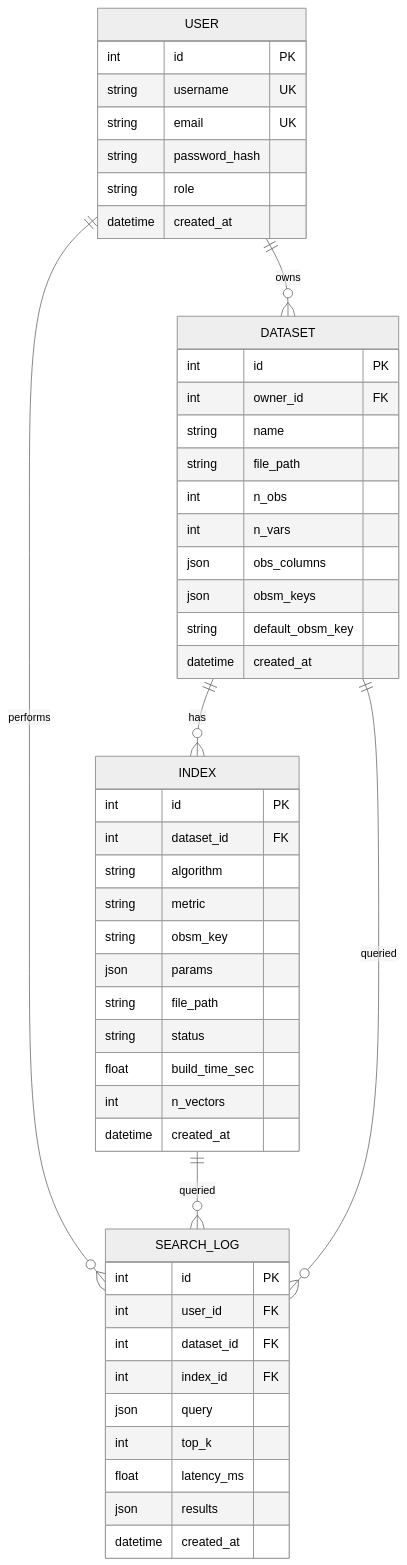
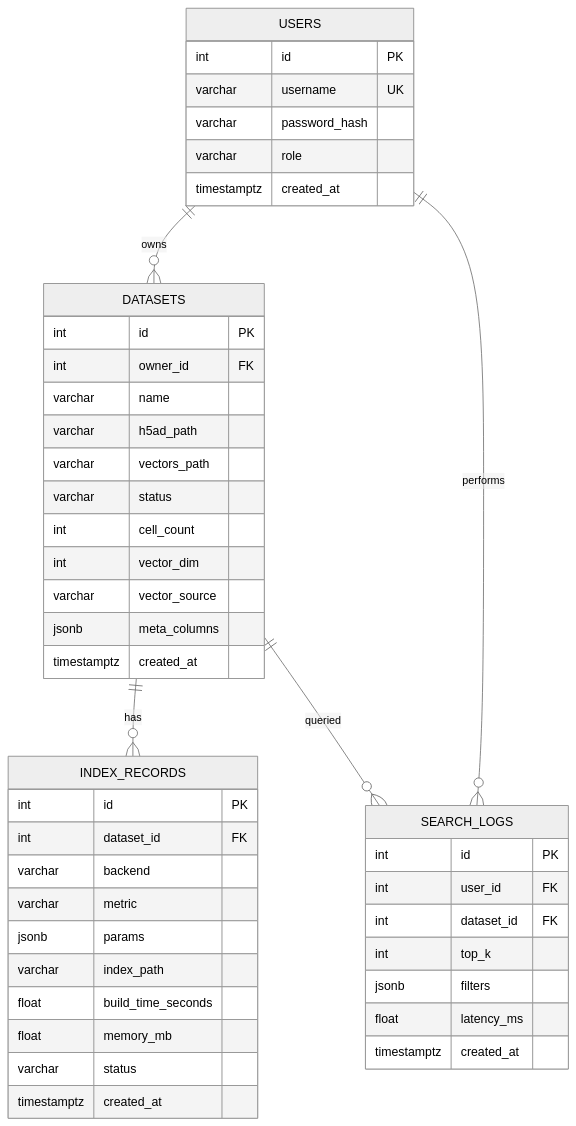
The fifth of 5 diagrams in docs/02_需求分析与系统设计.md (Echomile/ann_search), drawn with Mermaid (neutral theme) before and after one commit. The commit also changed other lines of this file and 5 other files, not shown here.

````diff
--- a/docs/02_需求分析与系统设计.md
+++ b/docs/02_需求分析与系统设计.md
@@ -149,53 +358,49 @@
 ```mermaid
 erDiagram
-  USER ||--o{ DATASET : owns
-  DATASET ||--o{ INDEX : has
-  USER ||--o{ SEARCH_LOG : performs
-  INDEX ||--o{ SEARCH_LOG : queried
-  DATASET ||--o{ SEARCH_LOG : queried
+  USERS ||--o{ DATASETS : owns
+  DATASETS ||--o{ INDEX_RECORDS : has
+  USERS ||--o{ SEARCH_LOGS : performs
+  DATASETS ||--o{ SEARCH_LOGS : queried
 
-  USER {
+  USERS {
     int id PK
-    string username UK
-    string email UK
-    string password_hash
-    string role
-    datetime created_at
+    varchar username UK
+    varchar password_hash
+    varchar role
+    timestamptz created_at
   }
-  DATASET {
+  DATASETS {
     int id PK
     int owner_id FK
-    string name
-    string file_path
-    int n_obs
-    int n_vars
-    json obs_columns
-    json obsm_keys
-    string default_obsm_key
-    datetime created_at
+    varchar name
+    varchar h5ad_path
+    varchar vectors_path
+    varchar status
+    int cell_count
+    int vector_dim
+    varchar vector_source
+    jsonb meta_columns
+    timestamptz created_at
   }
-  INDEX {
+  INDEX_RECORDS {
     int id PK
     int dataset_id FK
-    string algorithm
-    string metric
-    string obsm_key
-    json params
-    string file_path
-    string status
-    float build_time_sec
-    int n_vectors
-    datetime created_at
+    varchar backend
+    varchar metric
+    jsonb params
+    varchar index_path
+    float build_time_seconds
+    float memory_mb
+    varchar status
+    timestamptz created_at
   }
-  SEARCH_LOG {
+  SEARCH_LOGS {
     int id PK
     int user_id FK
     int dataset_id FK
-    int index_id FK
-    json query
     int top_k
+    jsonb filters
     float latency_ms
-    json results
-    datetime created_at
+    timestamptz created_at
   }
 ```
````
